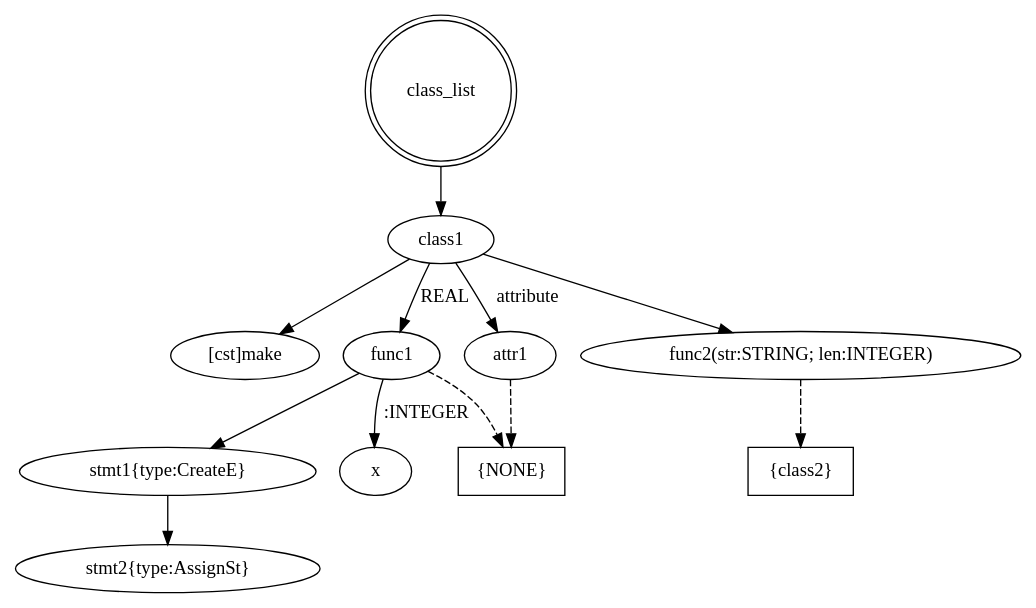
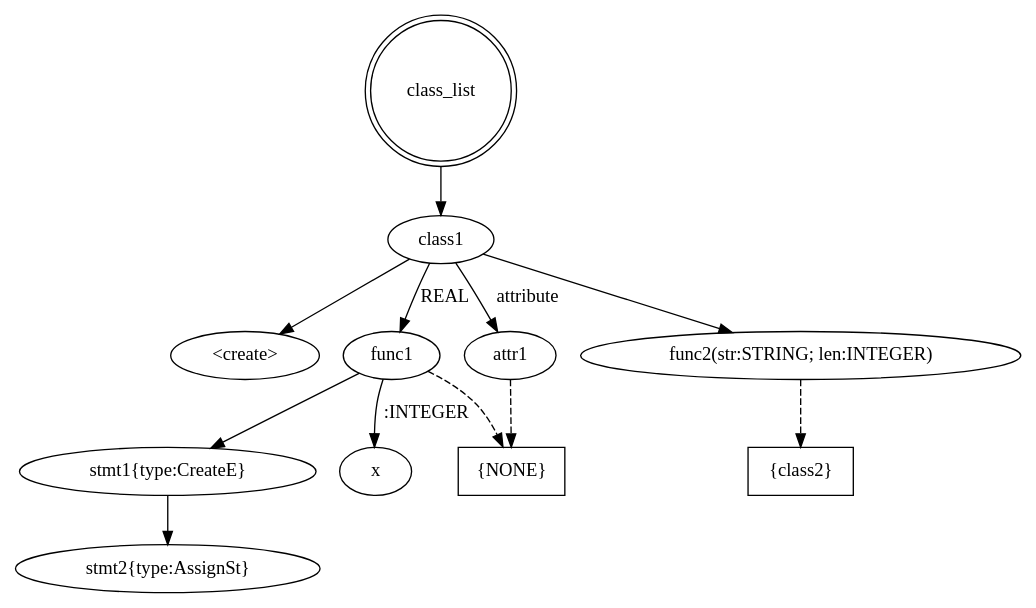
Before and after one commit to Polikarpova/Eiffel_compiler: the diagram in samples/tree_example.gv, drawn with Graphviz. The commit also changed 4 other files, not shown here.

```diff
--- a/samples/tree_example.gv
+++ b/samples/tree_example.gv
@@ -1,40 +1,40 @@
 digraph a{
 
 //----Корень
 class_list[shape=doublecircle]
 1[label="class1"]
 class_list -> 1
 
 //----Конструктор
-2[label="[cst]make"]
+2[label="<create>"]
 1->2
 
 //----Область видимости
 3[label="{NONE}" shape=box]
 6[label="{class2}" shape=box]
 
 //----Функции
 4[label="func1"]
 5[label="func2(str:STRING; len:INTEGER)"]
 
 1->4[label="REAL"]
 4->3[style=dashed]
 
 1->5[label=""]
 5->6[style=dashed]
 
 //локалки
 7[label="x"]
 
 4->7[label=":INTEGER"]
 
 //тело func1
 8[label="stmt1{type:CreateE}"]
 9[label="stmt2{type:AssignSt}"]
 4->8->9
 
 //----Атрибут
 10[label="attr1"]
 1->10[label="attribute"]
 10->3[style=dashed]
 }
```
